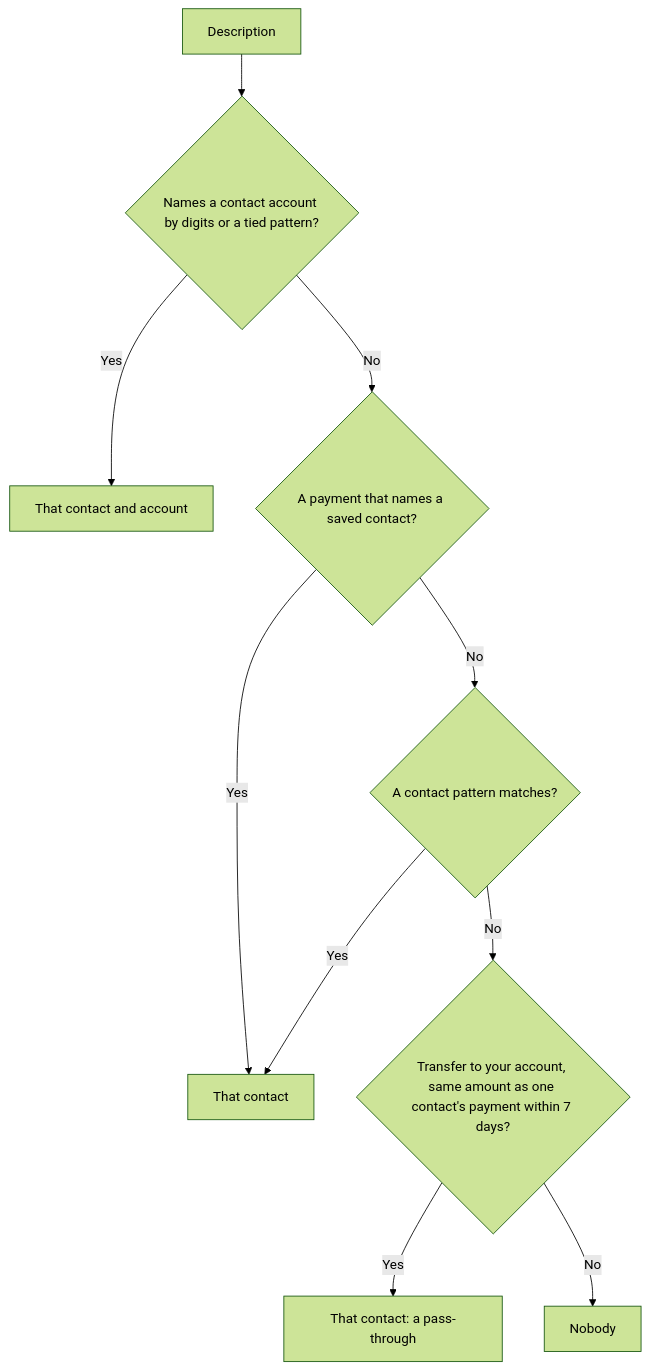
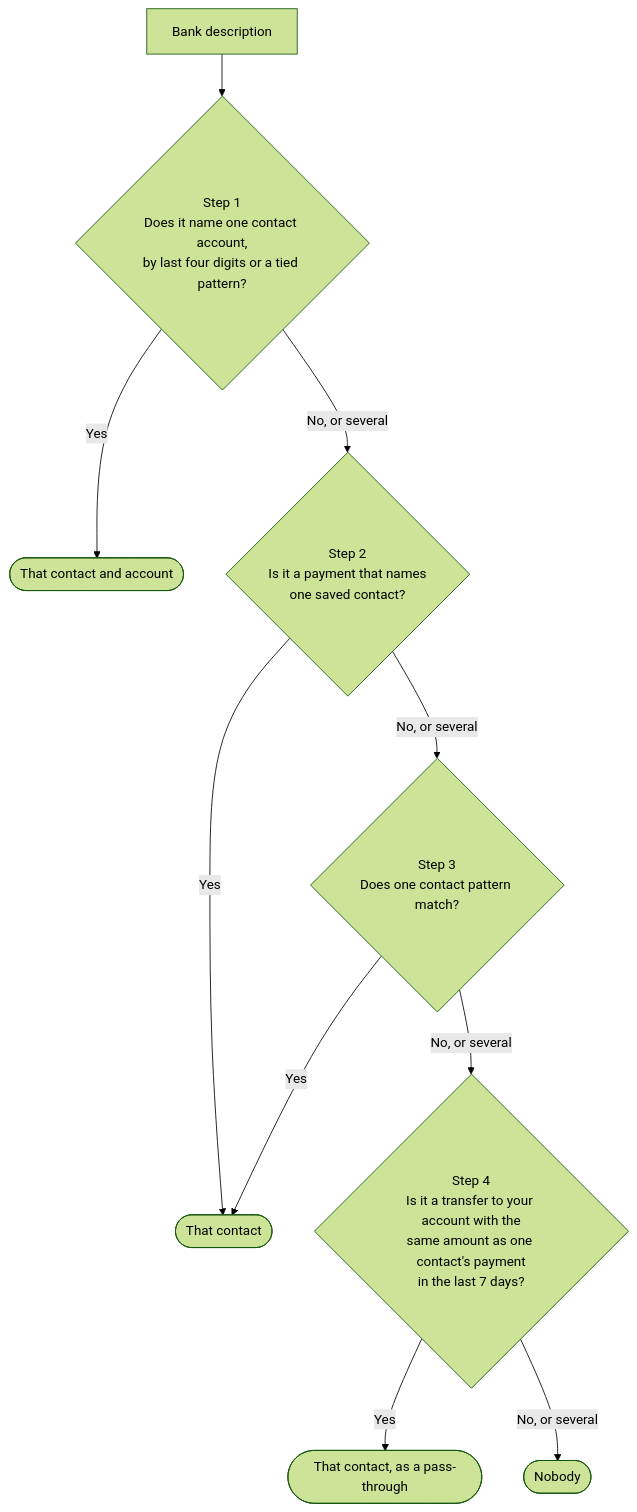
Before and after one commit to spinningyoyo/omsync: the second of 3 diagrams in docs/architecture/contacts.md, drawn with Mermaid (forest theme). The commit also changed other lines of this file and 337 other files, not shown here.

````diff
--- a/docs/architecture/contacts.md
+++ b/docs/architecture/contacts.md
@@ -27,12 +28,12 @@
 ```mermaid
 flowchart TD
-    D[Description] --> A{Names a contact account by digits or a tied pattern?}
-    A -->|Yes| Done[That contact and account]
-    A -->|No| B{A payment that names a saved contact?}
-    B -->|Yes| Done2[That contact]
-    B -->|No| C{A contact pattern matches?}
-    C -->|Yes| Done2
-    C -->|No| P{Transfer to your account, same amount as one contact's payment within 7 days?}
-    P -->|Yes| Done3[That contact: a pass-through]
-    P -->|No| None[Nobody]
+    D[Bank description] --> S1{"Step 1<br/>Does it name one contact account,<br/>by last four digits or a tied pattern?"}
+    S1 -->|Yes| Found1([That contact and account])
+    S1 -->|No, or several| S2{"Step 2<br/>Is it a payment that names<br/>one saved contact?"}
+    S2 -->|Yes| Found2([That contact])
+    S2 -->|No, or several| S3{"Step 3<br/>Does one contact pattern match?"}
+    S3 -->|Yes| Found2
+    S3 -->|No, or several| S4{"Step 4<br/>Is it a transfer to your account with the<br/>same amount as one contact's payment<br/>in the last 7 days?"}
+    S4 -->|Yes| Found3([That contact, as a pass-through])
+    S4 -->|No, or several| None([Nobody])
 ```
````
